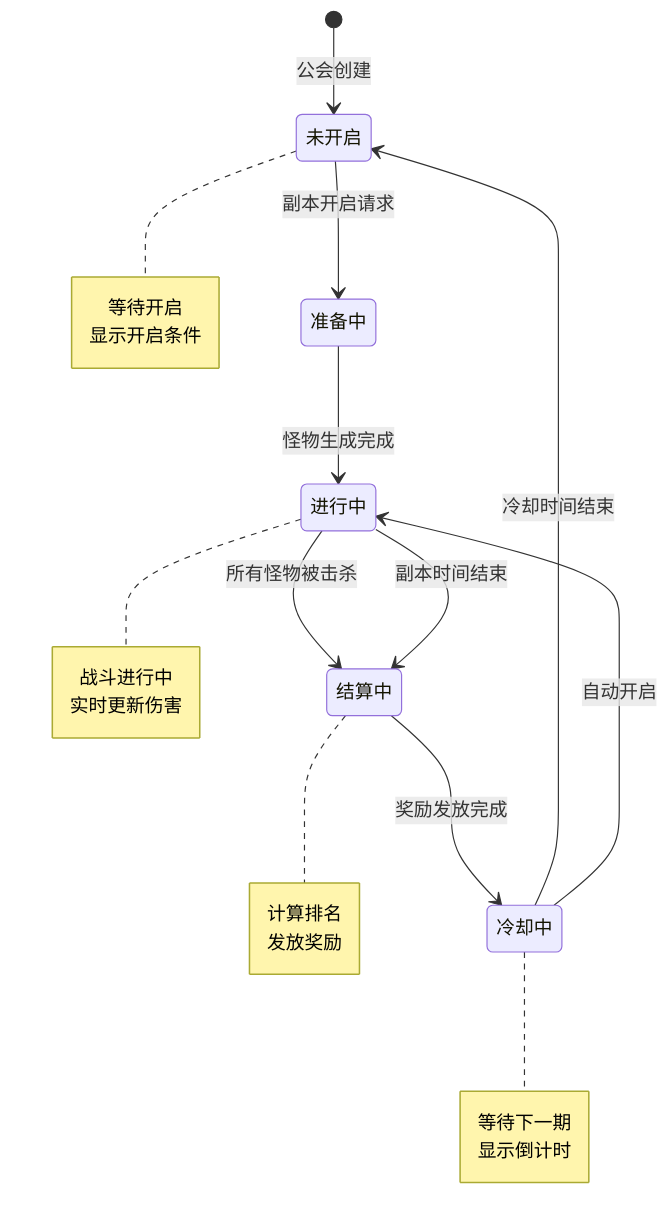
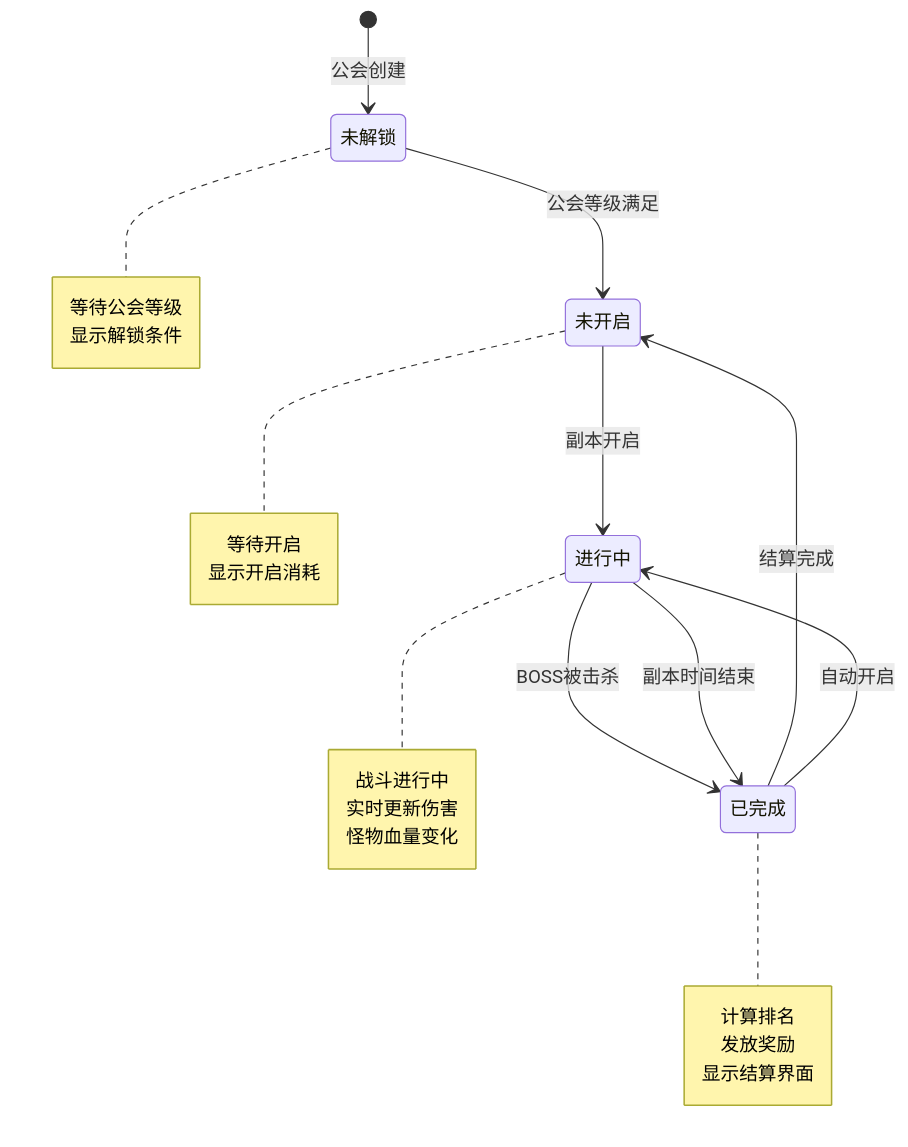
Before and after one commit to Alan-Ben/k2c_game_framework: the first of 5 diagrams in docs/Module_GuildDungeon/06_实现细节.md, drawn with Mermaid. The commit also changed other lines of this file and 1 other file, not shown here.

Commit message:
docs: 深度完善 GuildDungeon 模块文档（完整字段、流程图、代码示例）

````diff
--- a/docs/Module_GuildDungeon/06_实现细节.md
+++ b/docs/Module_GuildDungeon/06_实现细节.md
@@ -73,31 +58,32 @@
 ```mermaid
 stateDiagram-v2
-    [*] --> 未开启: 公会创建
-    未开启 --> 准备中: 副本开启请求
-    准备中 --> 进行中: 怪物生成完成
-    进行中 --> 结算中: 所有怪物被击杀
-    进行中 --> 结算中: 副本时间结束
-    结算中 --> 冷却中: 奖励发放完成
-    冷却中 --> 未开启: 冷却时间结束
-    冷却中 --> 进行中: 自动开启
+    [*] --> 未解锁: 公会创建
+    未解锁 --> 未开启: 公会等级满足
+    未开启 --> 进行中: 副本开启
+    进行中 --> 已完成: BOSS被击杀
+    进行中 --> 已完成: 副本时间结束
+    已完成 --> 未开启: 结算完成
+    已完成 --> 进行中: 自动开启
+
+    note right of 未解锁
+        等待公会等级
+        显示解锁条件
+    end note
 
     note right of 未开启
         等待开启
-        显示开启条件
+        显示开启消耗
     end note
 
     note right of 进行中
         战斗进行中
         实时更新伤害
+        怪物血量变化
     end note
 
-    note right of 结算中
+    note right of 已完成
         计算排名
         发放奖励
-    end note
-
-    note right of 冷却中
-        等待下一期
-        显示倒计时
+        显示结算界面
     end note
 ```
````
